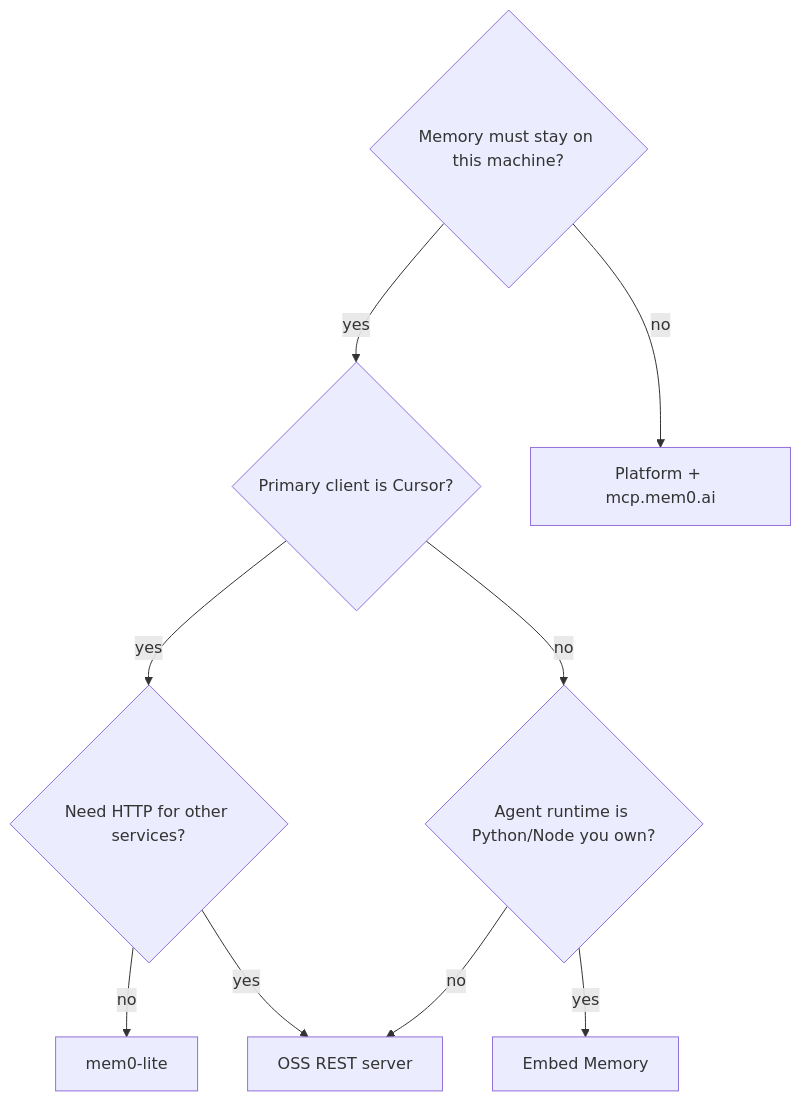
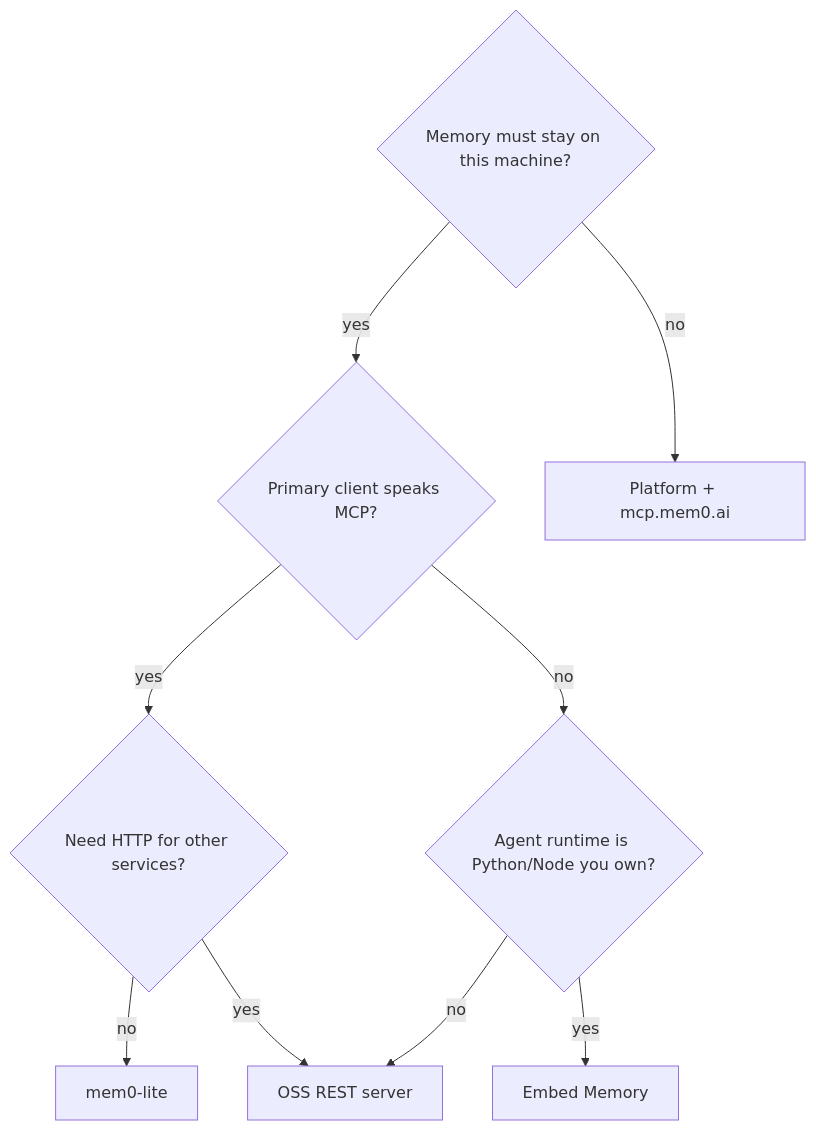
One commit to bdombro/mem0-lite changed the second of 2 diagrams in docs/alternative-mem0-architectures.md. Above: the diagram before and after it, drawn with Mermaid. The commit also changed other lines of this file and 20 other files, not shown here.

````diff
--- a/docs/alternative-mem0-architectures.md
+++ b/docs/alternative-mem0-architectures.md
@@ -96,16 +96,16 @@
 ```mermaid
 flowchart TD
   Q1{Memory must stay on this machine?}
-  Q2{Primary client is Cursor?}
+  Q2{Primary client speaks MCP?}
   Q3{Need HTTP for other services?}
   Q4{Agent runtime is Python/Node you own?}
 
   Q1 -->|no| Platform[Platform + mcp.mem0.ai]
   Q1 -->|yes| Q2
   Q2 -->|yes| Q3
   Q2 -->|no| Q4
   Q3 -->|no| Lite[mem0-lite]
   Q3 -->|yes| REST[OSS REST server]
   Q4 -->|yes| SDK[Embed Memory]
   Q4 -->|no| REST
 ```
````
